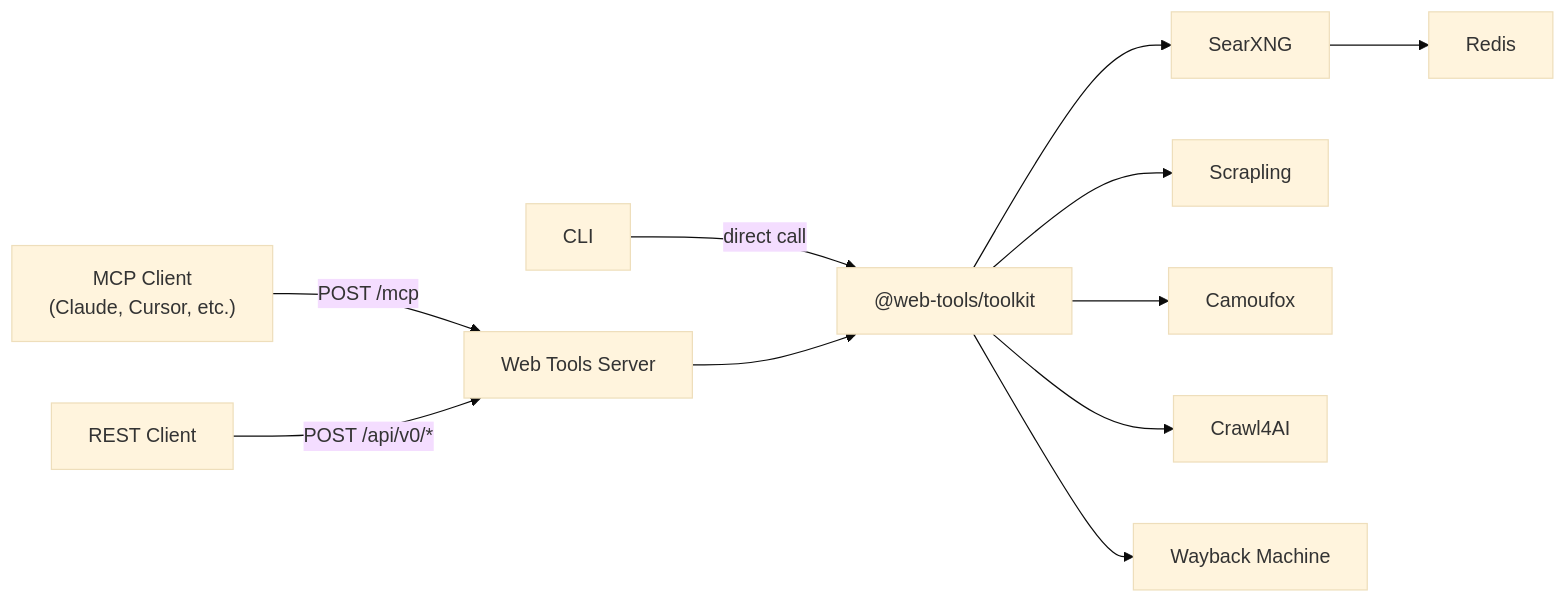
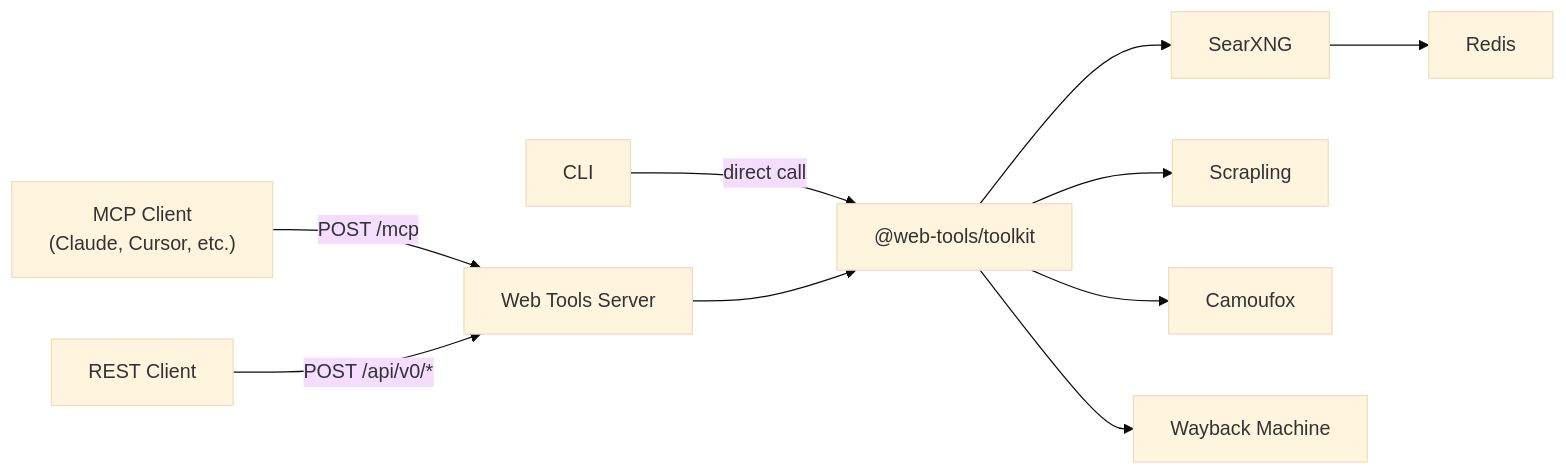
The diagram in README.md (arnaudjnn/web-tools), drawn with Mermaid (base theme) before and after one commit. The commit also changed other lines of this file and 9 other files, not shown here.

````diff
--- a/README.md
+++ b/README.md
@@ -7,13 +7,12 @@
 ```mermaid
 graph LR
     MCP["MCP Client<br/>(Claude, Cursor, etc.)"] -->|POST /mcp| Server["Web Tools Server"]
     API["REST Client"] -->|POST /api/v0/*| Server
     CLI["CLI"] -->|direct call| Toolkit["@web-tools/toolkit"]
     Server --> Toolkit
     Toolkit --> SearXNG
     SearXNG --> Redis
     Toolkit --> Scrapling
     Toolkit --> Camoufox
-    Toolkit --> Crawl4AI
     Toolkit --> Wayback["Wayback Machine"]
 ```
````
